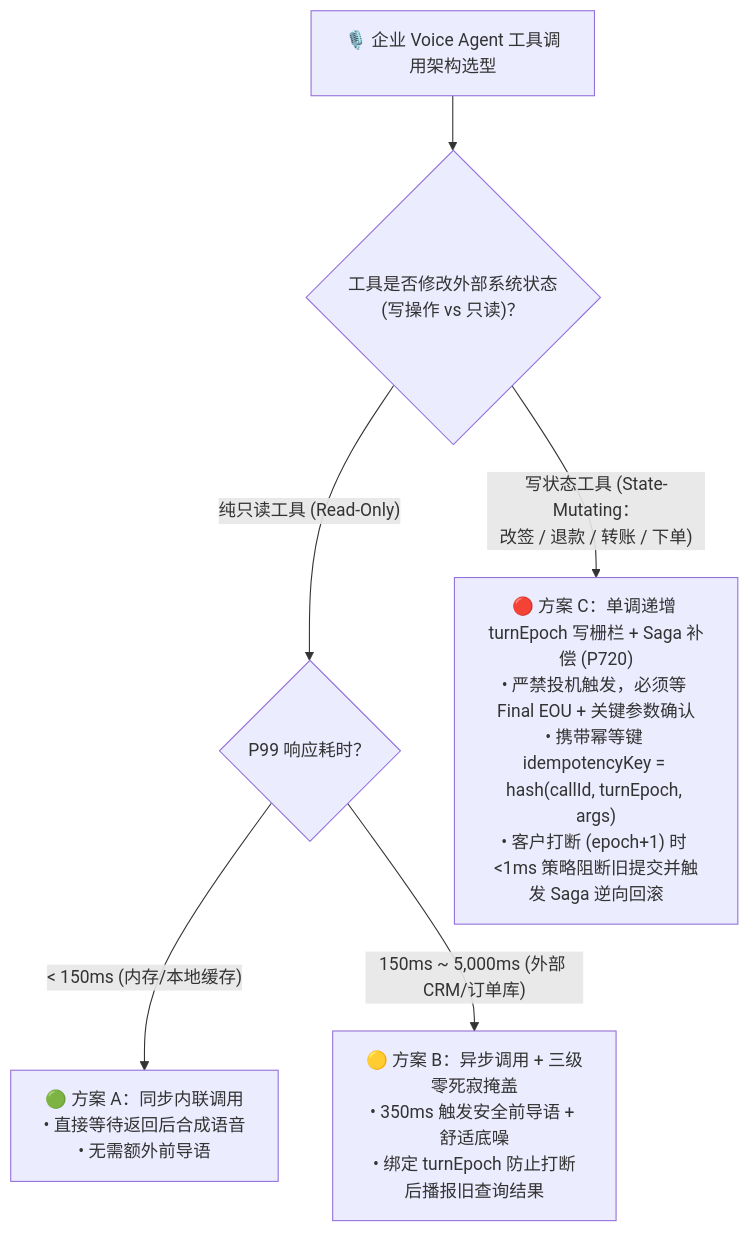
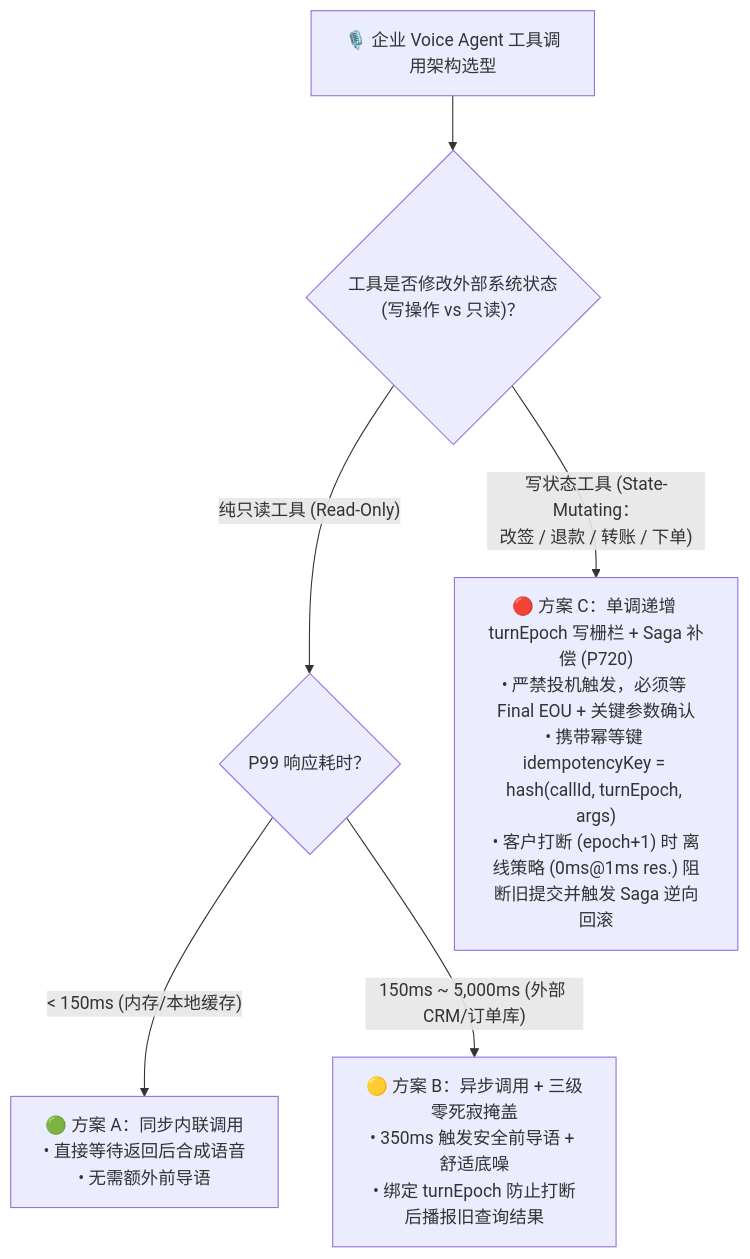
The first of 3 diagrams in voice/voice-tool-epoch-fence-faq.md (turbo998/turbo998.github.io), drawn with Mermaid before and after one commit. The commit also changed other lines of this file and 43 other files, not shown here.

````diff
--- a/voice/voice-tool-epoch-fence-faq.md
+++ b/voice/voice-tool-epoch-fence-faq.md
@@ -53,10 +53,10 @@
 ```mermaid
 flowchart TD
     Start["🎙️ 企业 Voice Agent 工具调用架构选型"] --> Q1{"工具是否修改外部系统状态\n(写操作 vs 只读)？"}
 
     Q1 -- "纯只读工具 (Read-Only)" --> Q2{"P99 响应耗时？"}
     Q2 -- "< 150ms (内存/本地缓存)" --> InlineSync["🟢 方案 A：同步内联调用\n• 直接等待返回后合成语音\n• 无需额外前导语"]
     Q2 -- "150ms ~ 5,000ms (外部 CRM/订单库)" --> AsyncRead["🟡 方案 B：异步调用 + 三级零死寂掩盖\n• 350ms 触发安全前导语 + 舒适底噪\n• 绑定 turnEpoch 防止打断后播报旧查询结果"]
 
-    Q1 -- "写状态工具 (State-Mutating：\n改签 / 退款 / 转账 / 下单)" --> WriteFence["🔴 方案 C：单调递增 turnEpoch 写栅栏 + Saga 补偿 (P720)\n• 严禁投机触发，必须等 Final EOU + 关键参数确认\n• 携带幂等键 idempotencyKey = hash(callId, turnEpoch, args)\n• 客户打断 (epoch+1) 时 <1ms 策略阻断旧提交并触发 Saga 逆向回滚"]
+    Q1 -- "写状态工具 (State-Mutating：\n改签 / 退款 / 转账 / 下单)" --> WriteFence["🔴 方案 C：单调递增 turnEpoch 写栅栏 + Saga 补偿 (P720)\n• 严禁投机触发，必须等 Final EOU + 关键参数确认\n• 携带幂等键 idempotencyKey = hash(callId, turnEpoch, args)\n• 客户打断 (epoch+1) 时 离线策略 (0ms@1ms res.) 阻断旧提交并触发 Saga 逆向回滚"]
 ```
````
